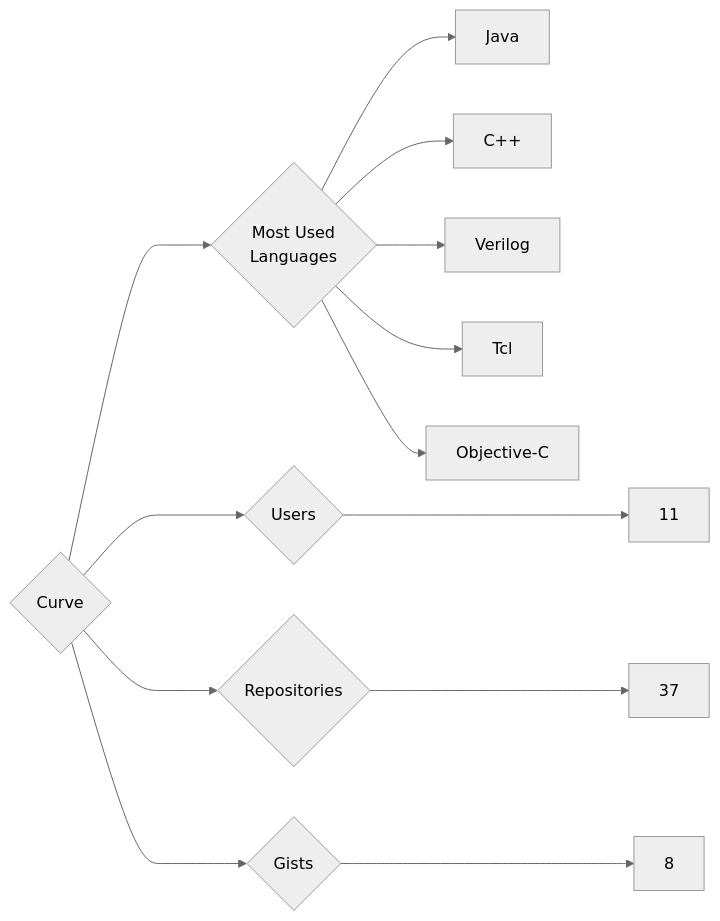
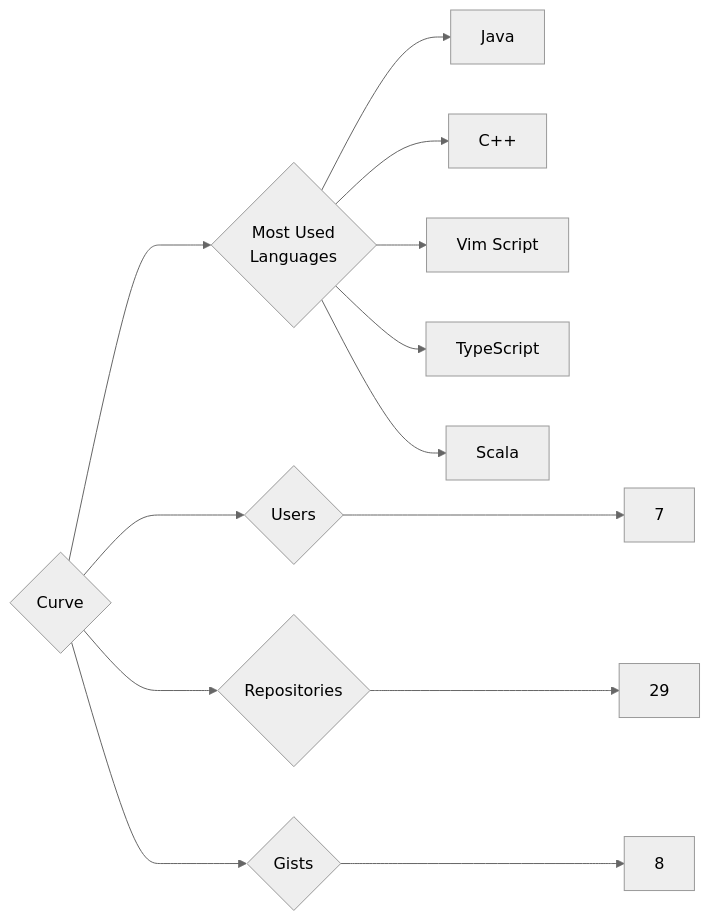
The diagram in targets/Curve/README.md (trickest/insiders), drawn with Mermaid (neutral theme) before and after one commit. The commit also changed 1055 other files, not shown here.

````diff
--- a/targets/Curve/README.md
+++ b/targets/Curve/README.md
@@ -3,13 +3,13 @@
 ```mermaid
 graph LR
 COMPANY_NAME{Curve}
-COMPANY_NAME ---> U{Users} ---> UN[11]
-COMPANY_NAME ---> R{Repositories} ---> RN[37]
+COMPANY_NAME ---> U{Users} ---> UN[7]
+COMPANY_NAME ---> R{Repositories} ---> RN[29]
 COMPANY_NAME ---> G{Gists} ---> GN[8]
 COMPANY_NAME ---> ML{Most Used<br>Languages}
 ML --> Java[Java]
 ML --> C++[C++]
-ML --> Verilog[Verilog]
-ML --> Tcl[Tcl]
-ML --> Objective-C[Objective-C]
+ML --> Vim_Script[Vim Script]
+ML --> TypeScript[TypeScript]
+ML --> Scala[Scala]
 ```
````
